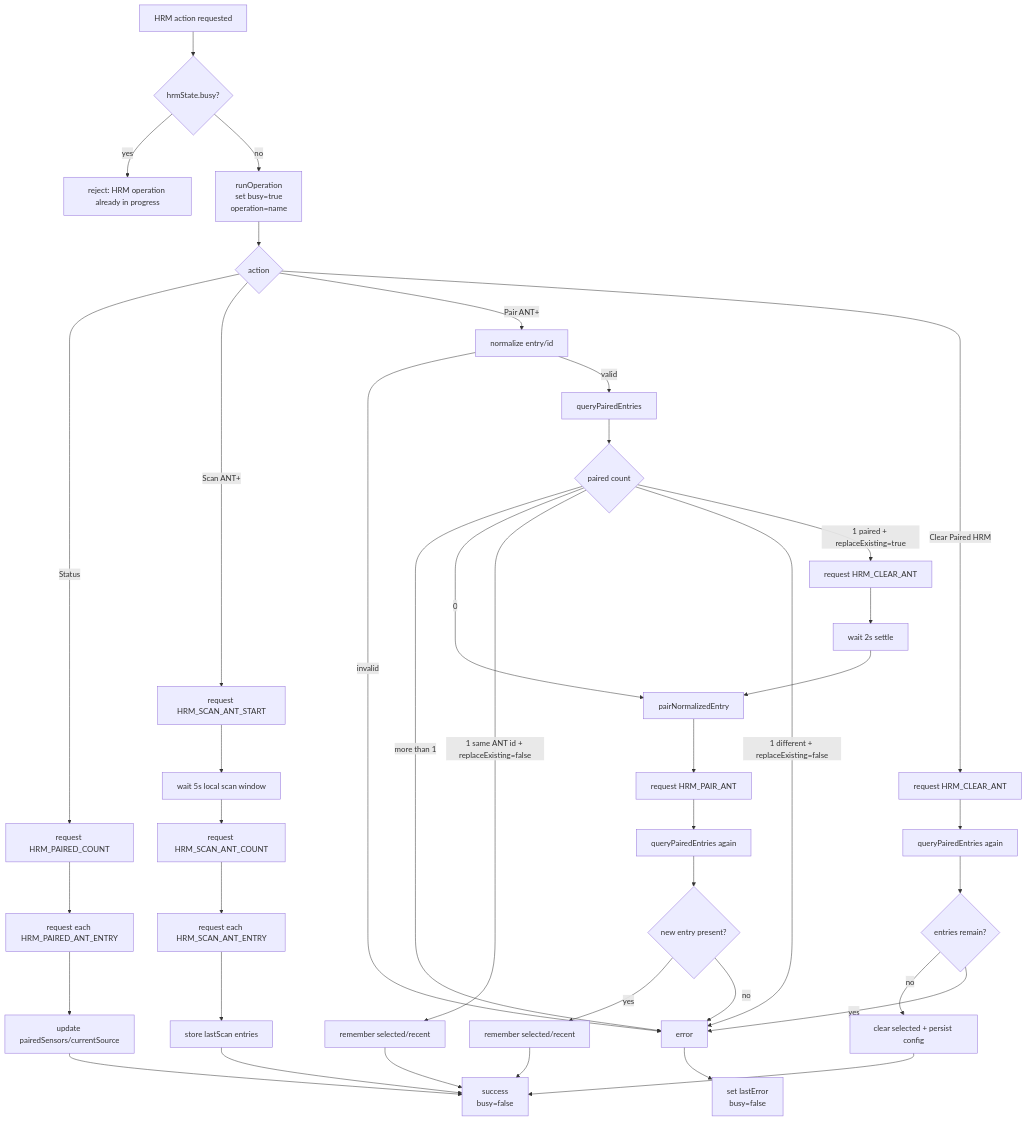
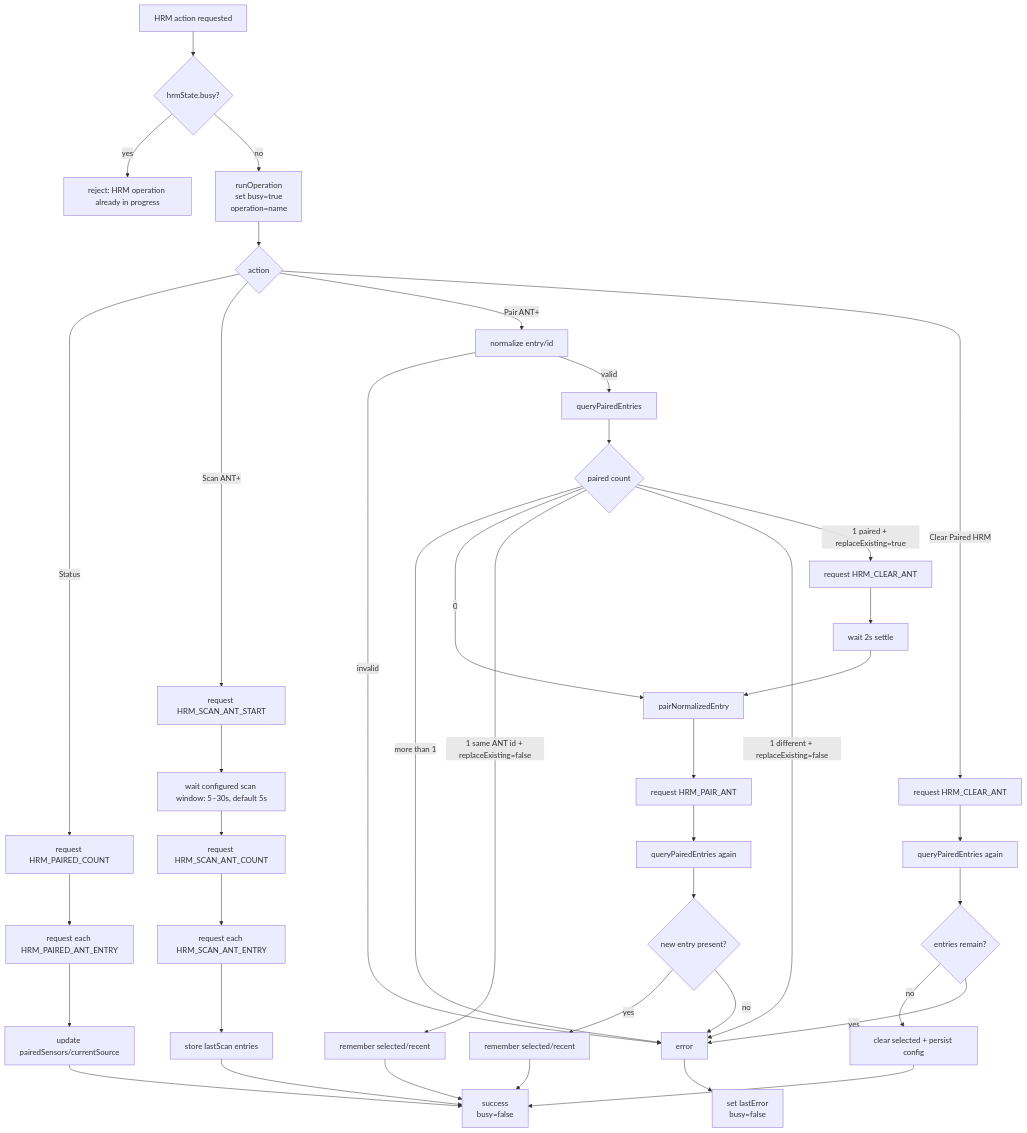
The second of 2 diagrams in apps/coretemp/README.md (espruino/BangleApps), drawn with Mermaid before and after one commit. The commit also changed other lines of this file and 26 other files, not shown here.

````diff
--- a/apps/coretemp/README.md
+++ b/apps/coretemp/README.md
@@ -185,49 +207,49 @@
 ```mermaid
 flowchart TD
   A[HRM action requested] --> B{hrmState.busy?}
   B -->|yes| Z[reject: HRM operation already in progress]
   B -->|no| C[runOperation<br/>set busy=true<br/>operation=name]
 
   C --> D{action}
 
   D -->|Status| E[request HRM_PAIRED_COUNT]
   E --> F[request each HRM_PAIRED_ANT_ENTRY]
   F --> G[update pairedSensors/currentSource]
   G --> Y[success<br/>busy=false]
 
   D -->|Scan ANT+| H[request HRM_SCAN_ANT_START]
-  H --> I[wait 5s local scan window]
+  H --> I[wait configured scan window: 5–30s, default 5s]
   I --> J[request HRM_SCAN_ANT_COUNT]
   J --> K[request each HRM_SCAN_ANT_ENTRY]
   K --> L[store lastScan entries]
   L --> Y
 
   D -->|Pair ANT+| M[normalize entry/id]
   M -->|invalid| X[error]
   M -->|valid| N[queryPairedEntries]
   N --> O{paired count}
   O -->|more than 1| X
   O -->|0| P[pairNormalizedEntry]
   O -->|1 same ANT id + replaceExisting=false| Q[remember selected/recent]
   O -->|1 different + replaceExisting=false| X
   O -->|1 paired + replaceExisting=true| R[request HRM_CLEAR_ANT]
   R --> R2[wait 2s settle]
   R2 --> P
   Q --> Y
 
   P --> S[request HRM_PAIR_ANT]
   S --> T[queryPairedEntries again]
   T --> U{new entry present?}
   U -->|yes| V[remember selected/recent]
   U -->|no| X
   V --> Y
 
   D -->|Clear Paired HRM| AA[request HRM_CLEAR_ANT]
   AA --> AB[queryPairedEntries again]
   AB --> AC{entries remain?}
   AC -->|no| AD[clear selected + persist config]
   AC -->|yes| X
   AD --> Y
 
   X --> AE[set lastError<br/>busy=false]
 ```
````
